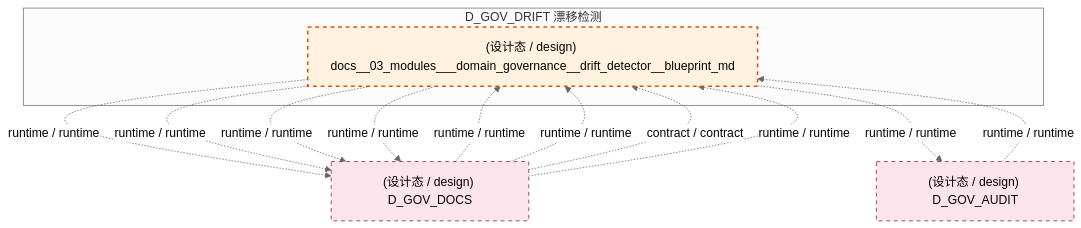
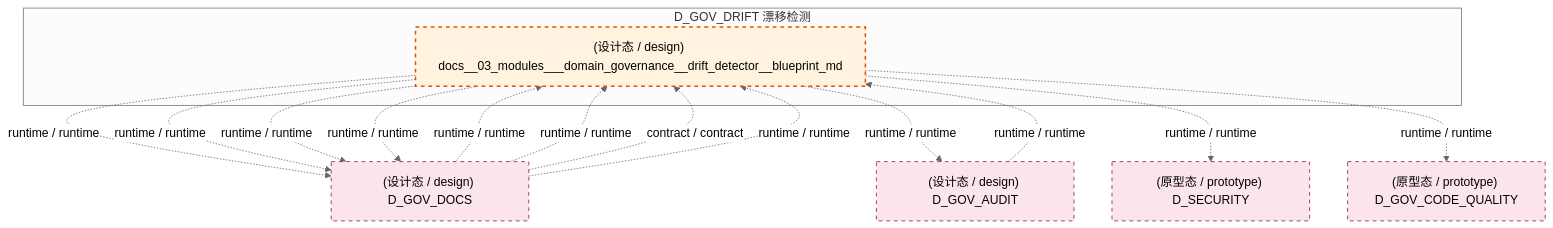
The fifth of 7 diagrams in docs/02_enterprise_architecture/02_domain_architecture_docs/41_d_gov_drift.md (xuanFelixVan/ZephyrAlpha), drawn with Mermaid (neutral theme) before and after one commit. The commit also changed other lines of this file and 87 other files, not shown here.

````diff
--- a/docs/02_enterprise_architecture/02_domain_architecture_docs/41_d_gov_drift.md
+++ b/docs/02_enterprise_architecture/02_domain_architecture_docs/41_d_gov_drift.md
@@ -536,24 +535,28 @@
 ```mermaid
 graph TD
     subgraph D_GOV_DRIFT["D_GOV_DRIFT 漂移检测"]
         docs_03_modules_domain_governance_drift_detector_blueprint_md["(设计态 / design) docs__03_modules___domain_governance__drift_detector__blueprint_md"]
     end
     D_GOV_DOCS["(设计态 / design) D_GOV_DOCS"]
     docs_03_modules_domain_governance_drift_detector_blueprint_md -.->|runtime / runtime| D_GOV_DOCS
     docs_03_modules_domain_governance_drift_detector_blueprint_md -.->|runtime / runtime| D_GOV_DOCS
     D_GOV_AUDIT["(设计态 / design) D_GOV_AUDIT"]
     docs_03_modules_domain_governance_drift_detector_blueprint_md -.->|runtime / runtime| D_GOV_AUDIT
+    D_SECURITY["(原型态 / prototype) D_SECURITY"]
+    docs_03_modules_domain_governance_drift_detector_blueprint_md -.->|runtime / runtime| D_SECURITY
+    D_GOV_CODE_QUALITY["(原型态 / prototype) D_GOV_CODE_QUALITY"]
+    docs_03_modules_domain_governance_drift_detector_blueprint_md -.->|runtime / runtime| D_GOV_CODE_QUALITY
     docs_03_modules_domain_governance_drift_detector_blueprint_md -.->|runtime / runtime| D_GOV_DOCS
     docs_03_modules_domain_governance_drift_detector_blueprint_md -.->|runtime / runtime| D_GOV_DOCS
     D_GOV_AUDIT -.->|runtime / runtime| docs_03_modules_domain_governance_drift_detector_blueprint_md
     D_GOV_DOCS -.->|runtime / runtime| docs_03_modules_domain_governance_drift_detector_blueprint_md
     D_GOV_DOCS -.->|runtime / runtime| docs_03_modules_domain_governance_drift_detector_blueprint_md
     D_GOV_DOCS -.->|contract / contract| docs_03_modules_domain_governance_drift_detector_blueprint_md
     D_GOV_DOCS -.->|runtime / runtime| docs_03_modules_domain_governance_drift_detector_blueprint_md
     classDef production fill:#e1f5fe,stroke:#01579b,stroke-width:2px,color:#000
     classDef design fill:#fff3e0,stroke:#e65100,stroke-width:2px,color:#000,stroke-dasharray: 5 5
     classDef external_prod fill:#e8f5e9,stroke:#1b5e20,stroke-width:1px,color:#000
     classDef external_design fill:#fce4ec,stroke:#880e4f,stroke-width:1px,color:#000,stroke-dasharray: 5 5
     class docs_03_modules_domain_governance_drift_detector_blueprint_md design
-    class D_GOV_DOCS,D_GOV_AUDIT external_design
+    class D_GOV_DOCS,D_GOV_AUDIT,D_SECURITY,D_GOV_CODE_QUALITY external_design
 ```
````
